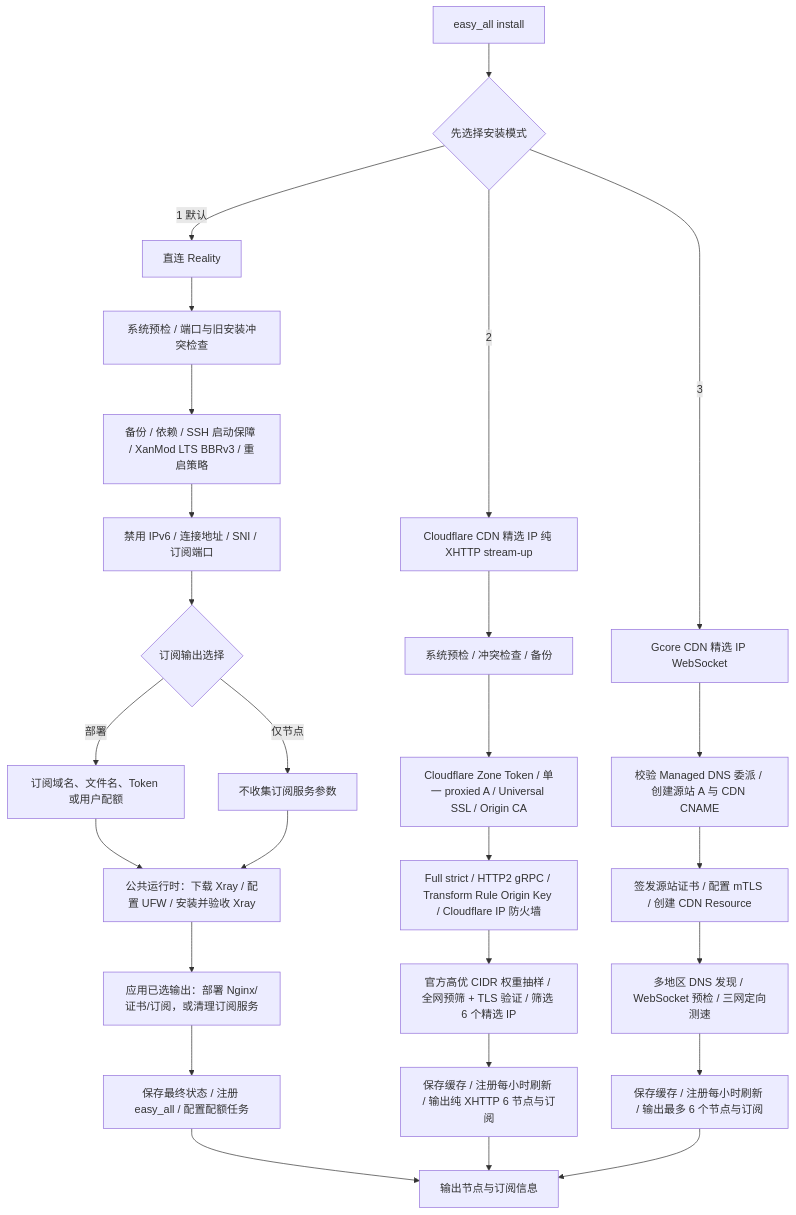
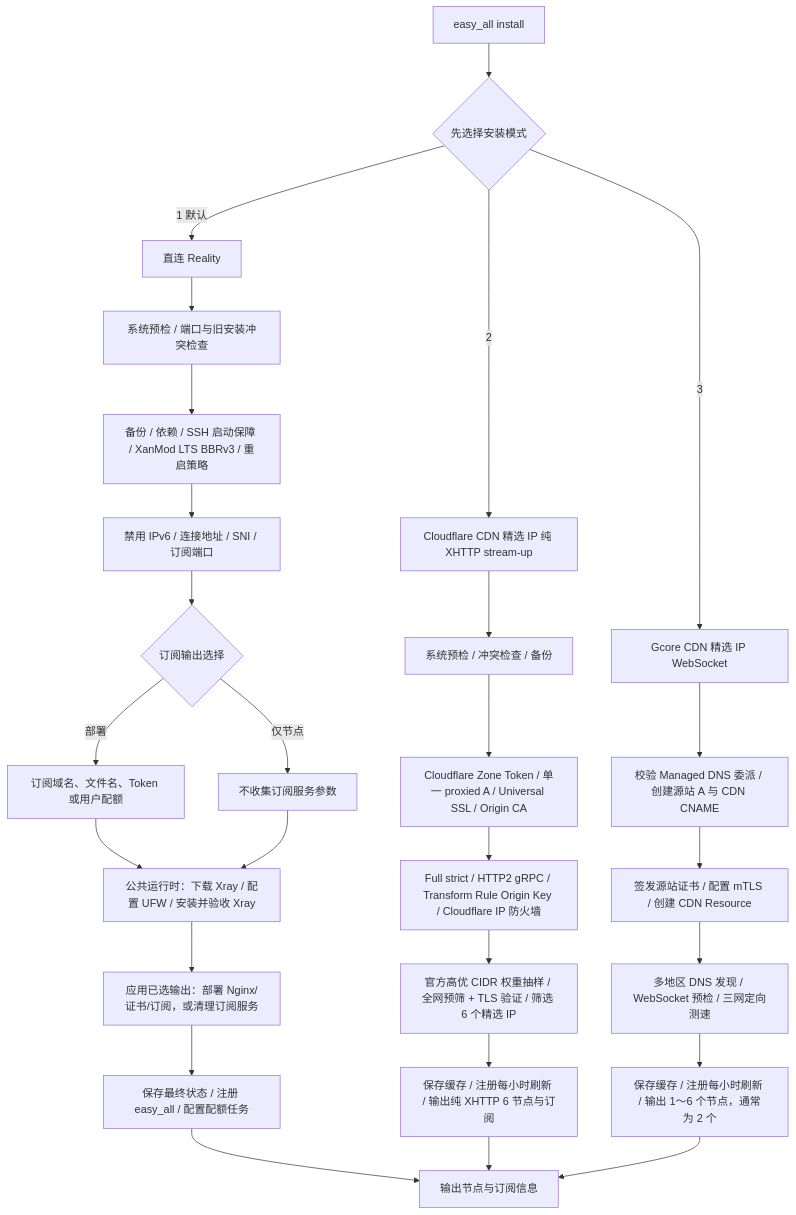
One commit to v2yiz/easy_all changed the diagram in README.md. Above: the diagram before and after it, drawn with Mermaid. The commit also changed other lines of this file and 5 other files, not shown here.

````diff
--- a/README.md
+++ b/README.md
@@ -251,32 +251,32 @@
 ```mermaid
 flowchart TD
     A[easy_all install] --> B{先选择安装模式}
 
     B -->|1 默认| R0[直连 Reality]
     R0 --> R1[系统预检 / 端口与旧安装冲突检查]
     R1 --> R2[备份 / 依赖 / SSH 启动保障 / XanMod LTS BBRv3 / 重启策略]
     R2 --> R3[禁用 IPv6 / 连接地址 / SNI / 订阅端口]
     R3 --> R4{订阅输出选择}
     R4 -->|部署| R5[订阅域名、文件名、Token 或用户配额]
     R4 -->|仅节点| R6[不收集订阅服务参数]
     R5 --> R7[公共运行时：下载 Xray / 配置 UFW / 安装并验收 Xray]
     R6 --> R7
     R7 --> R8[应用已选输出：部署 Nginx/证书/订阅，或清理订阅服务]
     R8 --> R9[保存最终状态 / 注册 easy_all / 配置配额任务]
     R9 --> Z[输出节点与订阅信息]
 
     B -->|2| C0[Cloudflare CDN 精选 IP 纯 XHTTP stream-up]
     C0 --> C1[系统预检 / 冲突检查 / 备份]
     C1 --> C2[Cloudflare Zone Token / 单一 proxied A / Universal SSL / Origin CA]
     C2 --> C3[Full strict / HTTP2 gRPC / Transform Rule Origin Key / Cloudflare IP 防火墙]
     C3 --> C4[官方高优 CIDR 权重抽样 / 全网预筛 + TLS 验证 / 筛选 6 个精选 IP]
     C4 --> C5[保存缓存 / 注册每小时刷新 / 输出纯 XHTTP 6 节点与订阅]
     C5 --> Z
 
     B -->|3| G0[Gcore CDN 精选 IP WebSocket]
     G0 --> G1[校验 Managed DNS 委派 / 创建源站 A 与 CDN CNAME]
     G1 --> G2[签发源站证书 / 配置 mTLS / 创建 CDN Resource]
     G2 --> G3[多地区 DNS 发现 / WebSocket 预检 / 三网定向测速]
-    G3 --> G4[保存缓存 / 注册每小时刷新 / 输出最多 6 个节点与订阅]
+    G3 --> G4[保存缓存 / 注册每小时刷新 / 输出 1～6 个节点，通常为 2 个]
     G4 --> Z
 ```
````
